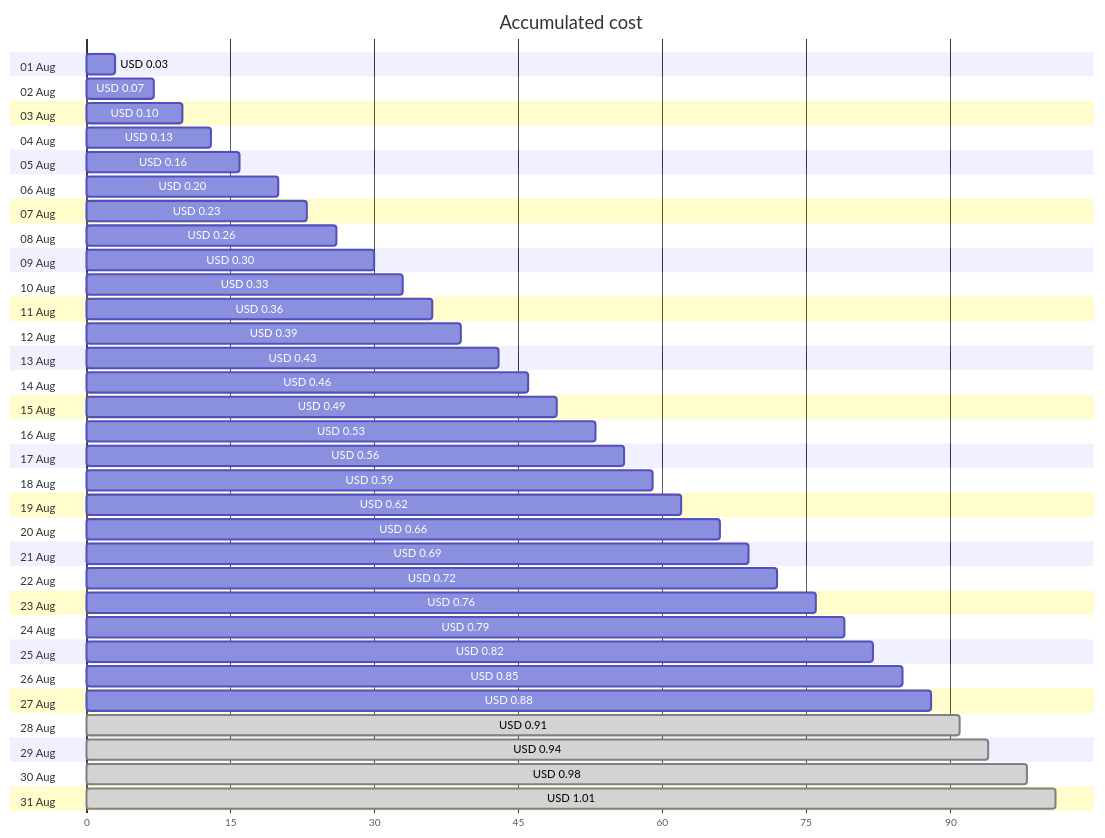
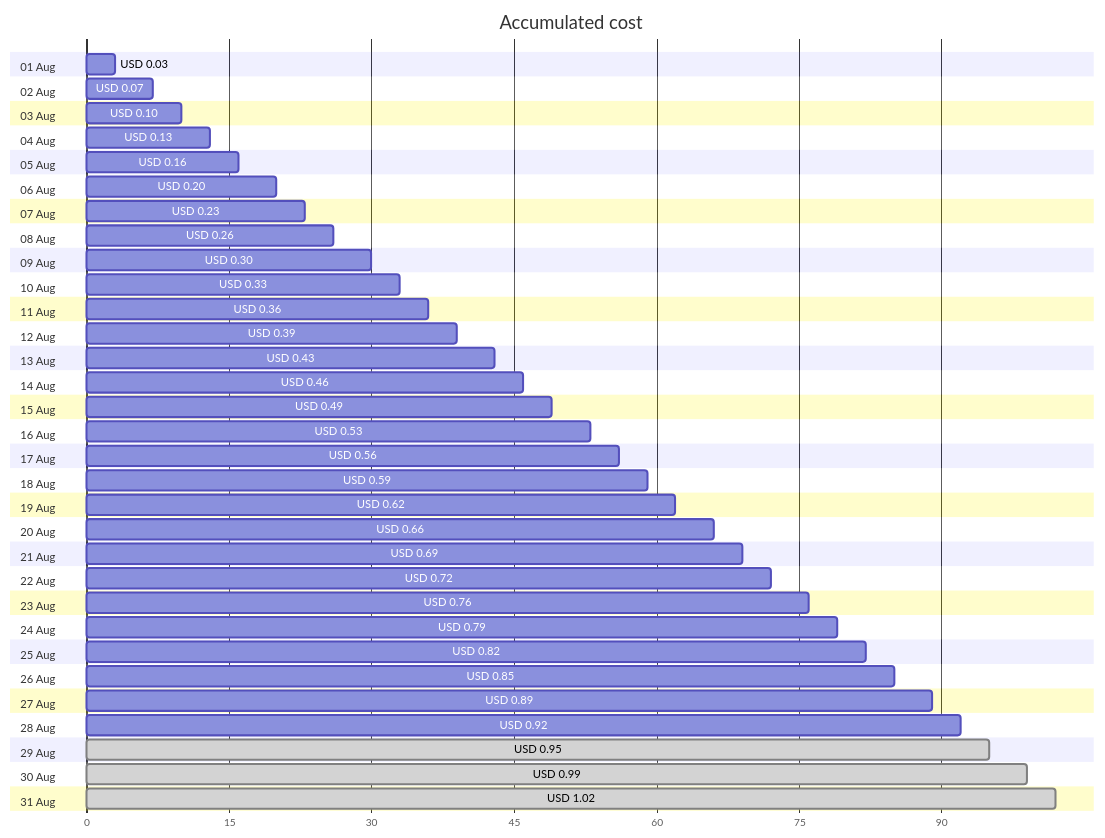
One commit to jpfulton/azure-personal-reports changed the first of 4 diagrams in cost-reports/personal-dns/README.md. Above: the diagram before and after it, drawn with Mermaid. The commit also changed other lines of this file and 2 other files, not shown here.

````diff
--- a/cost-reports/personal-dns/README.md
+++ b/cost-reports/personal-dns/README.md
@@ -20,68 +20,68 @@
 ```mermaid
 gantt
    title Accumulated cost
    dateFormat  X
    axisFormat %s
    section 01 Aug
    USD 0.03 :0, 3
    section 02 Aug
    USD 0.07 :0, 7
    section 03 Aug
    USD 0.10 :0, 10
    section 04 Aug
    USD 0.13 :0, 13
    section 05 Aug
    USD 0.16 :0, 16
    section 06 Aug
    USD 0.20 :0, 20
    section 07 Aug
    USD 0.23 :0, 23
    section 08 Aug
    USD 0.26 :0, 26
    section 09 Aug
    USD 0.30 :0, 30
    section 10 Aug
    USD 0.33 :0, 33
    section 11 Aug
    USD 0.36 :0, 36
    section 12 Aug
    USD 0.39 :0, 39
    section 13 Aug
    USD 0.43 :0, 43
    section 14 Aug
    USD 0.46 :0, 46
    section 15 Aug
    USD 0.49 :0, 49
    section 16 Aug
    USD 0.53 :0, 53
    section 17 Aug
    USD 0.56 :0, 56
    section 18 Aug
    USD 0.59 :0, 59
    section 19 Aug
    USD 0.62 :0, 62
    section 20 Aug
    USD 0.66 :0, 66
    section 21 Aug
    USD 0.69 :0, 69
    section 22 Aug
    USD 0.72 :0, 72
    section 23 Aug
    USD 0.76 :0, 76
    section 24 Aug
    USD 0.79 :0, 79
    section 25 Aug
    USD 0.82 :0, 82
    section 26 Aug
    USD 0.85 :0, 85
    section 27 Aug
-   USD 0.88 :0, 88
+   USD 0.89 :0, 89
    section 28 Aug
-   USD 0.91 : done, 0, 91
+   USD 0.92 :0, 92
    section 29 Aug
-   USD 0.94 : done, 0, 94
+   USD 0.95 : done, 0, 95
    section 30 Aug
-   USD 0.98 : done, 0, 98
+   USD 0.99 : done, 0, 99
    section 31 Aug
-   USD 1.01 : done, 0, 101
+   USD 1.02 : done, 0, 102
 ```
````
